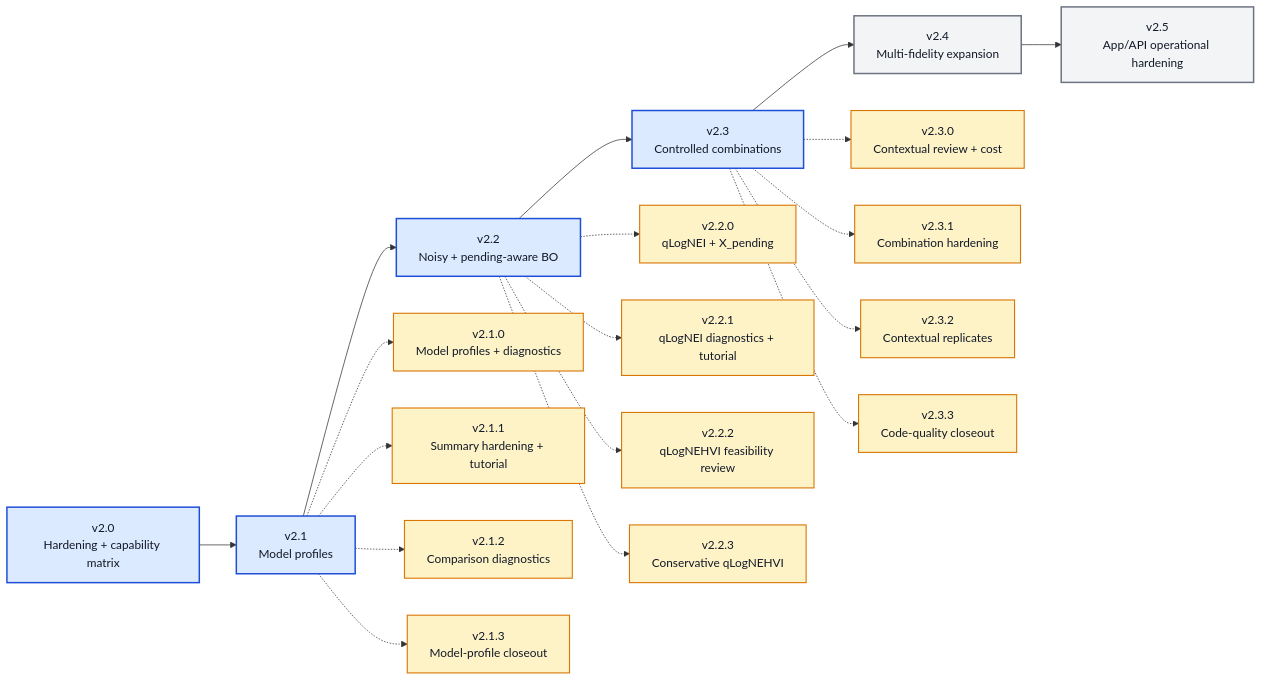
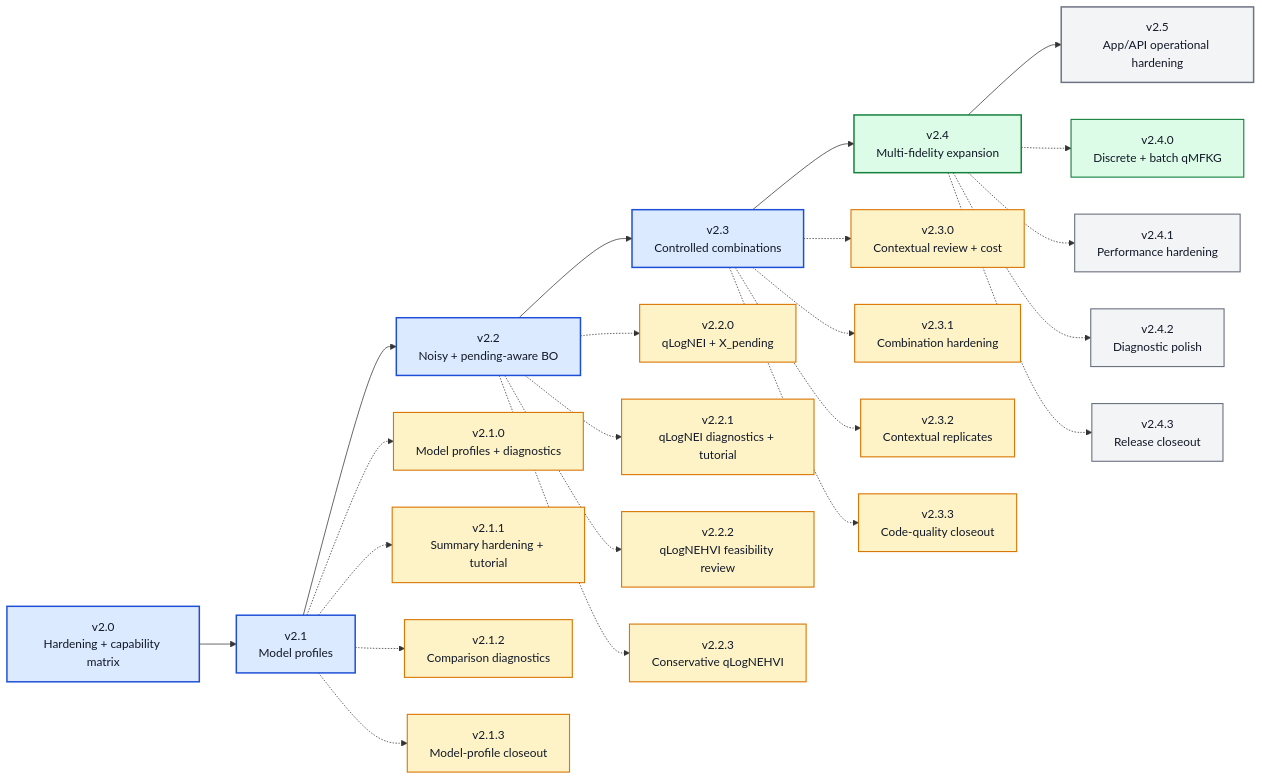
One commit to angzeli/bo-forge changed the diagram in ROADMAP_V2_X.md. Above: the diagram before and after it, drawn with Mermaid. The commit also changed other lines of this file and 40 other files, not shown here.

Commit message:
v2.4.0 update: Add discrete and batch multi-fidelity qMFKG

````diff
--- a/ROADMAP_V2_X.md
+++ b/ROADMAP_V2_X.md
@@ -14,42 +14,54 @@
 ```mermaid
 flowchart LR
     v20["v2.0<br/>Hardening + capability matrix"] --> v21["v2.1<br/>Model profiles"] --> v22["v2.2<br/>Noisy + pending-aware BO"] --> v23["v2.3<br/>Controlled combinations"] --> v24["v2.4<br/>Multi-fidelity expansion"] --> v25["v2.5<br/>App/API operational hardening"]
 
     v210["v2.1.0<br/>Model profiles + diagnostics"]
     v211["v2.1.1<br/>Summary hardening + tutorial"]
     v212["v2.1.2<br/>Comparison diagnostics"]
     v213["v2.1.3<br/>Model-profile closeout"]
     v220["v2.2.0<br/>qLogNEI + X_pending"]
     v221["v2.2.1<br/>qLogNEI diagnostics + tutorial"]
     v222["v2.2.2<br/>qLogNEHVI feasibility review"]
     v223["v2.2.3<br/>Conservative qLogNEHVI"]
     v230["v2.3.0<br/>Contextual review + cost"]
     v231["v2.3.1<br/>Combination hardening"]
     v232["v2.3.2<br/>Contextual replicates"]
     v233["v2.3.3<br/>Code-quality closeout"]
+    v240["v2.4.0<br/>Discrete + batch qMFKG"]
+    v241["v2.4.1<br/>Performance hardening"]
+    v242["v2.4.2<br/>Diagnostic polish"]
+    v243["v2.4.3<br/>Release closeout"]
 
     v21 -.-> v210
     v21 -.-> v211
     v21 -.-> v212
     v21 -.-> v213
     v22 -.-> v220
     v22 -.-> v221
     v22 -.-> v222
     v22 -.-> v223
     v23 -.-> v230
     v23 -.-> v231
     v23 -.-> v232
     v23 -.-> v233
+    v24 -.-> v240
+    v24 -.-> v241
+    v24 -.-> v242
+    v24 -.-> v243
 
     class v10,v20,v21,v22,v23 majorDone
-    class v24,v25 majorFuture
+    class v24 majorActive
+    class v25 majorFuture
     class v210,v211,v212,v213 patchDone
     class v220,v221,v222,v223 patchDone
     class v230,v231,v232,v233 patchDone
+    class v240 patchActive
+    class v241,v242,v243 patchFuture
 
     classDef majorDone fill:#dbeafe,stroke:#1d4ed8,stroke-width:2px,color:#111827;
     classDef majorActive fill:#dcfce7,stroke:#15803d,stroke-width:2px,color:#111827;
     classDef majorFuture fill:#f3f4f6,stroke:#6b7280,stroke-width:2px,color:#111827;
     classDef patchDone fill:#fef3c7,stroke:#d97706,stroke-width:1.5px,color:#111827;
     classDef patchActive fill:#dcfce7,stroke:#15803d,stroke-width:1.5px,color:#111827;
+    classDef patchFuture fill:#f3f4f6,stroke:#6b7280,stroke-width:1.5px,color:#111827;
 ```
````
